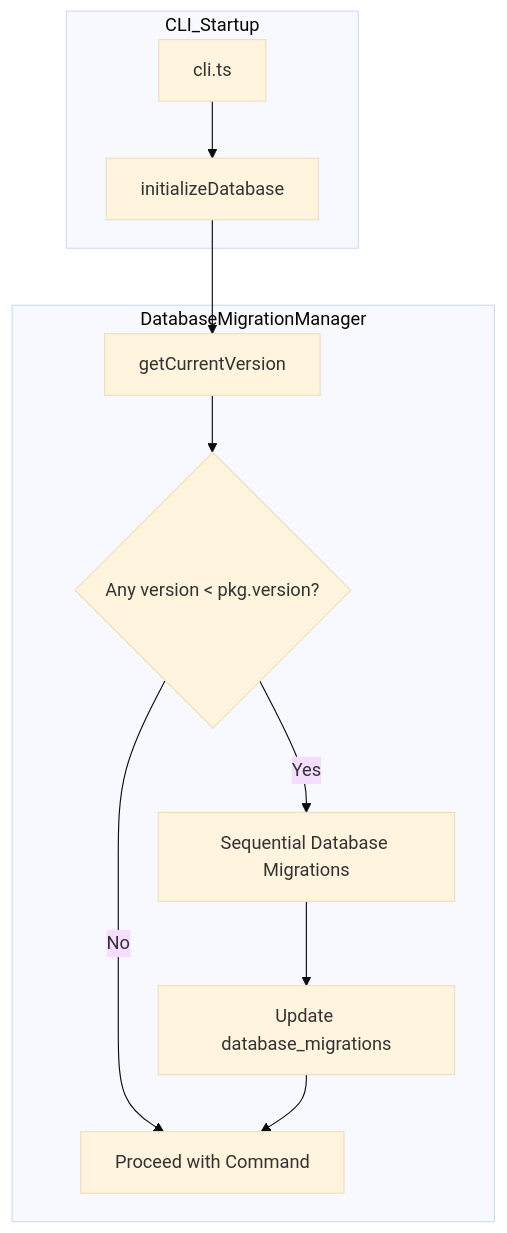
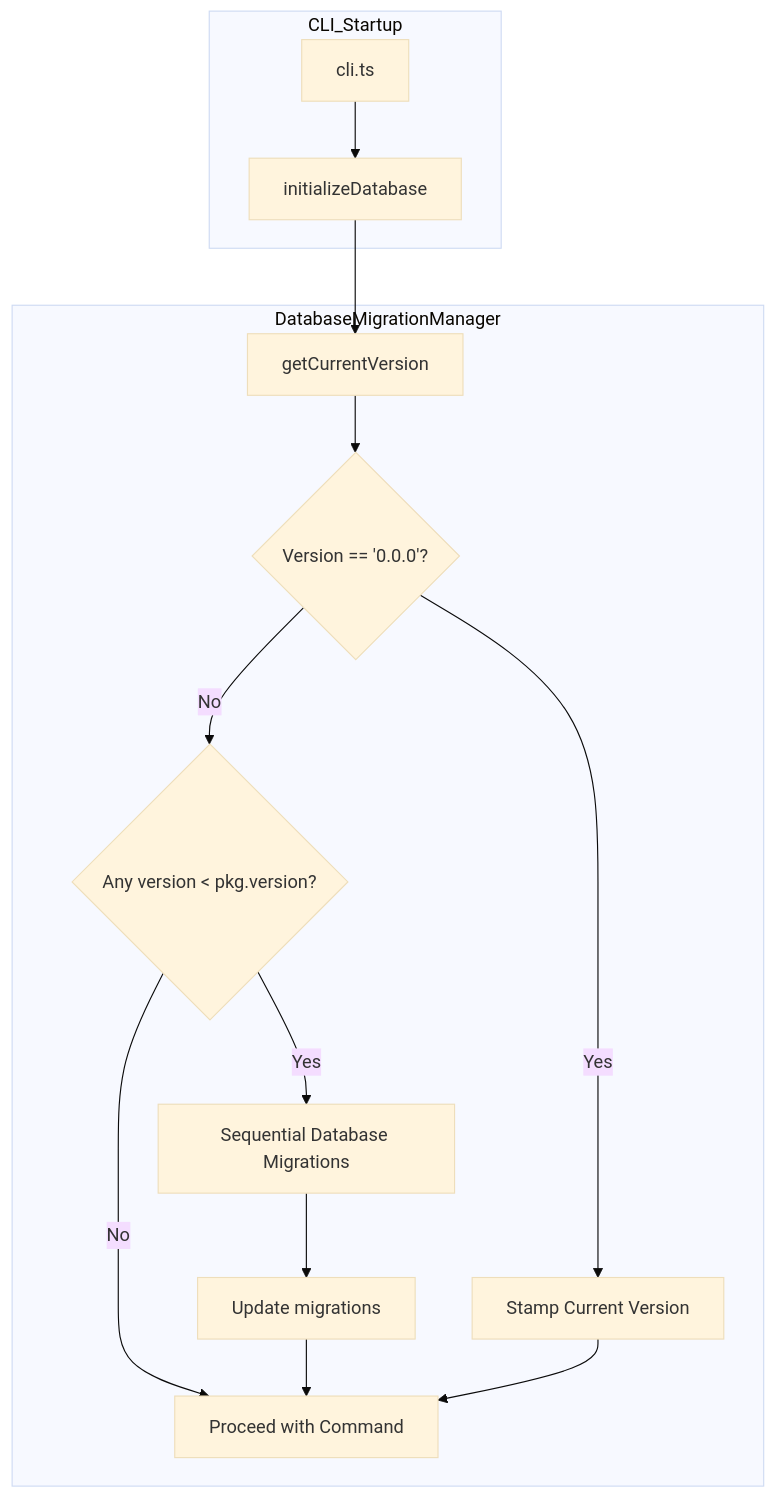
One commit to kevinchatham/tressi changed the diagram in docs/05-internals/06-database-migrations.md. Above: the diagram before and after it, drawn with Mermaid (base theme). The commit also changed other lines of this file and 17 other files, not shown here.

````diff
--- a/docs/05-internals/06-database-migrations.md
+++ b/docs/05-internals/06-database-migrations.md
@@ -11,15 +11,18 @@
 ```mermaid
 graph TD
     subgraph CLI_Startup
         A[cli.ts] --> B[initializeDatabase]
     end
 
     subgraph DatabaseMigrationManager
         B --> C[getCurrentVersion]
-        C --> D{Any version < pkg.version?}
-        D -- No --> E[Proceed with Command]
-        D -- Yes --> F[Sequential Database Migrations]
-        F --> G[Update database_migrations]
-        G --> E
+        C --> D{Version == '0.0.0'?}
+        D -- Yes --> E[Stamp Current Version]
+        D -- No --> F{Any version < pkg.version?}
+        F -- No --> G[Proceed with Command]
+        F -- Yes --> H[Sequential Database Migrations]
+        H --> I[Update migrations]
+        I --> G
+        E --> G
     end
 ```
````
